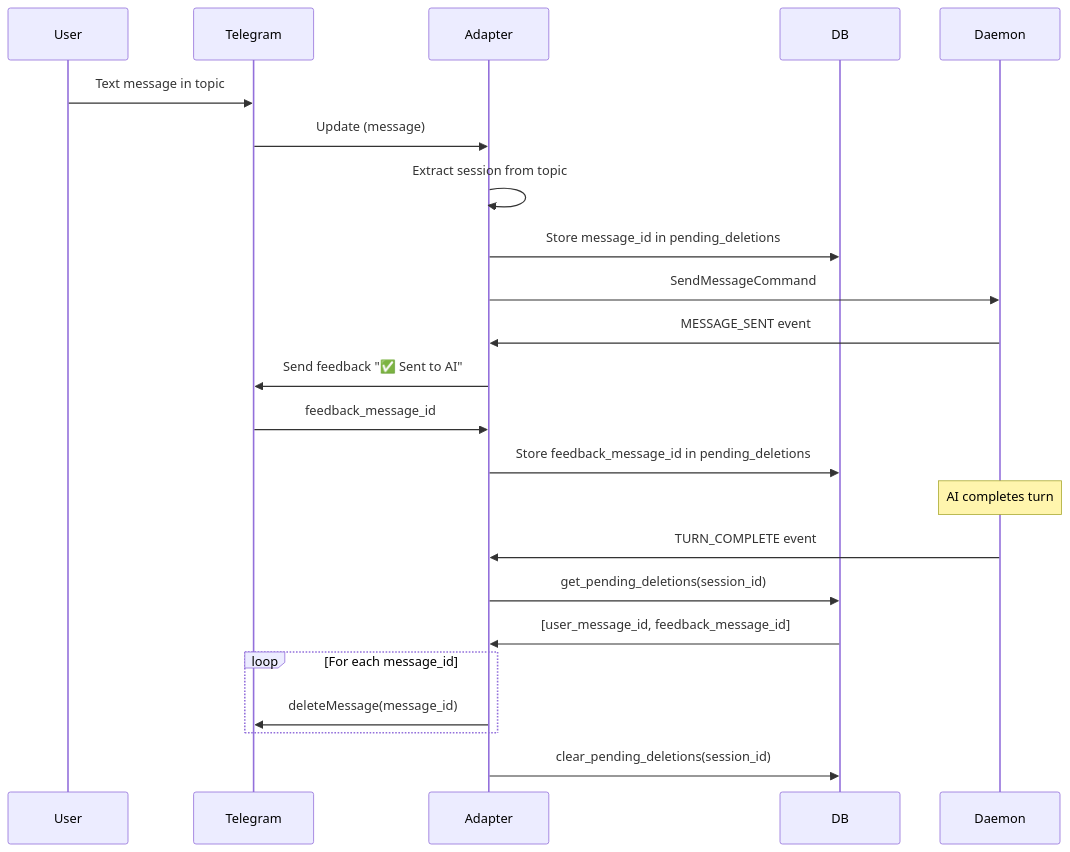
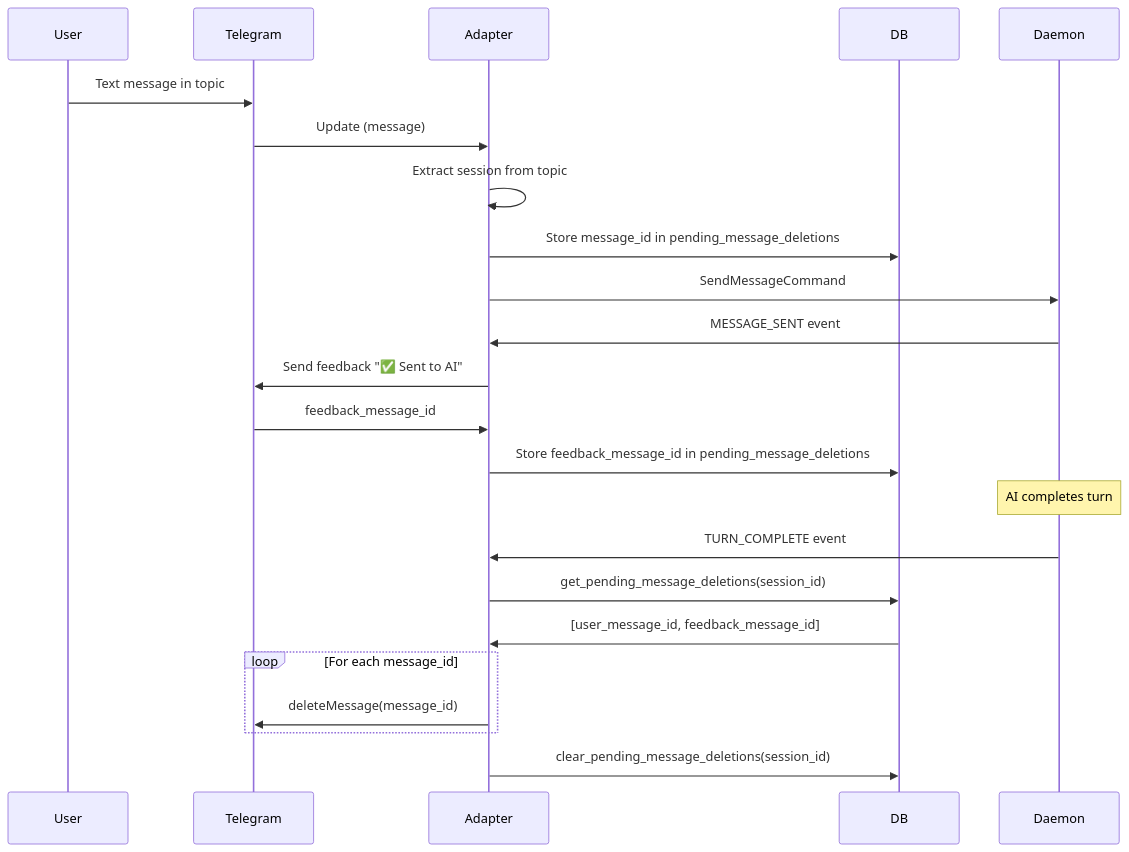
The third of 6 diagrams in docs/project/design/architecture/telegram-adapter.md (InstruktAI/TeleClaude), drawn with Mermaid before and after one commit. The commit also changed other lines of this file and 80 other files, not shown here.

````diff
--- a/docs/project/design/architecture/telegram-adapter.md
+++ b/docs/project/design/architecture/telegram-adapter.md
@@ -115,27 +115,27 @@
 ```mermaid
 sequenceDiagram
     participant User
     participant TG as Telegram
     participant Adapter
     participant DB
 
     User->>TG: Text message in topic
     TG->>Adapter: Update (message)
     Adapter->>Adapter: Extract session from topic
-    Adapter->>DB: Store message_id in pending_deletions
+    Adapter->>DB: Store message_id in pending_message_deletions
     Adapter->>Daemon: SendMessageCommand
     Daemon->>Adapter: MESSAGE_SENT event
     Adapter->>TG: Send feedback "✅ Sent to AI"
     TG->>Adapter: feedback_message_id
-    Adapter->>DB: Store feedback_message_id in pending_deletions
+    Adapter->>DB: Store feedback_message_id in pending_message_deletions
 
     Note over Daemon: AI completes turn
 
     Daemon->>Adapter: TURN_COMPLETE event
-    Adapter->>DB: get_pending_deletions(session_id)
+    Adapter->>DB: get_pending_message_deletions(session_id)
     DB->>Adapter: [user_message_id, feedback_message_id]
     loop For each message_id
         Adapter->>TG: deleteMessage(message_id)
     end
-    Adapter->>DB: clear_pending_deletions(session_id)
+    Adapter->>DB: clear_pending_message_deletions(session_id)
 ```
````
